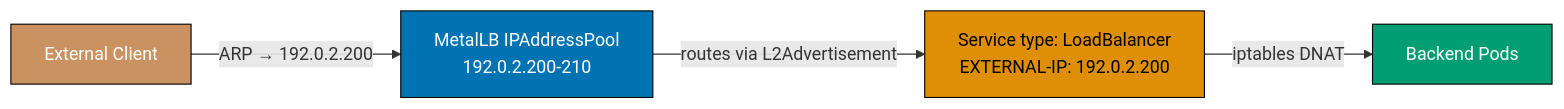
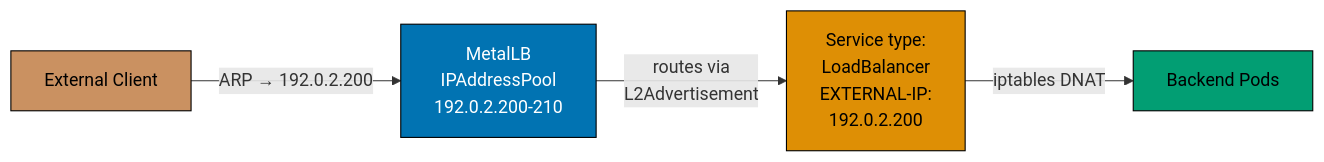
One commit to wahidyankf/ose-public changed the fifth of 9 diagrams in apps/ayokoding-www/content/en/learn/legacy/software-engineering/infrastructure/tools/k3s/by-example/intermediate.md. Above: the diagram before and after it, drawn with Mermaid. The commit also changed other lines of this file and 131 other files, not shown here.

First line of the commit message:
fix(mermaid): bring the legacy data, infrastructure, and testing diagrams onto the accessible palette

````diff
--- a/apps/ayokoding-www/content/en/learn/legacy/software-engineering/infrastructure/tools/k3s/by-example/intermediate.md
+++ b/apps/ayokoding-www/content/en/learn/legacy/software-engineering/infrastructure/tools/k3s/by-example/intermediate.md
@@ -937,17 +961,24 @@
 ```mermaid
 %% Color Palette: Blue #0173B2, Orange #DE8F05, Teal #029E73, Purple #CC78BC, Brown #CA9161
 graph LR
+    accTitle: Example 41: MetalLB for LoadBalancer Services on Bare Metal
+    accDescr: Graph with 4 nodes and 3 connections. Nodes: External Client, MetalLB IPAddressPool 192.0.2.200-210, Service type: LoadBalancer EXTERNAL-IP: 192.0.2.200, Backend Pods. Connections: External Client to MetalLB IPAddressPool 192.0.2.200-210 (ARP → 192.0.2.200), MetalLB IPAddressPool 192.0.2.200-210 to Service type: LoadBalancer EXTERNAL-IP: 192.0.2.200 (routes via L2Advertisement), Service type: LoadBalancer EXTERNAL-IP: 192.0.2.200 to Backend Pods (iptables DNAT).
     CLI["External Client"]
-    POOL["MetalLB IPAddressPool<br/>192.0.2.200-210"]
-    SVC["Service type: LoadBalancer<br/>EXTERNAL-IP: 192.0.2.200"]
+    POOL["MetalLB<br/>IPAddressPool<br/>192.0.2.200-210"]
+    SVC["Service type:<br/>LoadBalancer<br/>EXTERNAL-IP:<br/>192.0.2.200"]
     POD["Backend Pods"]
 
     CLI -->|"ARP → 192.0.2.200"| POOL
-    POOL -->|"routes via L2Advertisement"| SVC
+    POOL -->|"routes via<br/>L2Advertisement"| SVC
     SVC -->|"iptables DNAT"| POD
 
-    style CLI fill:#CA9161,stroke:#000,color:#fff
-    style POOL fill:#0173B2,stroke:#000,color:#fff
-    style SVC fill:#DE8F05,stroke:#000,color:#000
-    style POD fill:#029E73,stroke:#000,color:#fff
+    classDef pal-CA9161 fill:#CA9161,stroke:#000000,color:#000000
+    class CLI pal-CA9161
+    classDef pal-0173B2 fill:#0173B2,stroke:#000000,color:#FFFFFF
+    class POOL pal-0173B2
+    classDef pal-DE8F05 fill:#DE8F05,stroke:#000000,color:#000000
+    class SVC pal-DE8F05
+    classDef pal-029E73 fill:#029E73,stroke:#000000,color:#000000
+    class POD pal-029E73
+    classDef default fill:#FFFFFF,stroke:#000000,color:#000000
 ```
````
